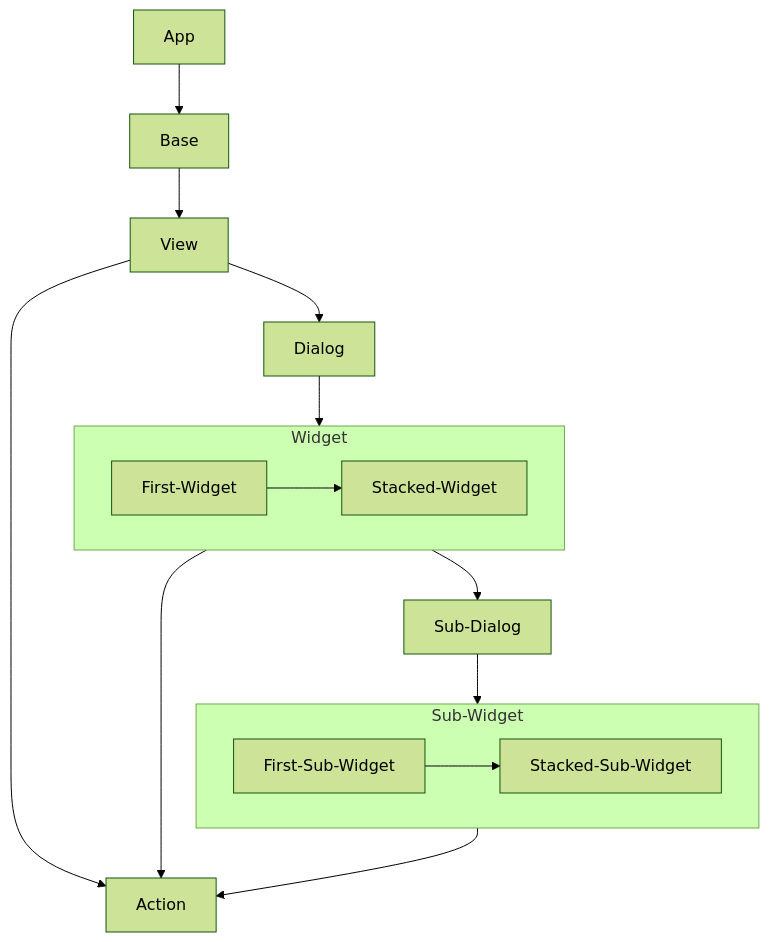
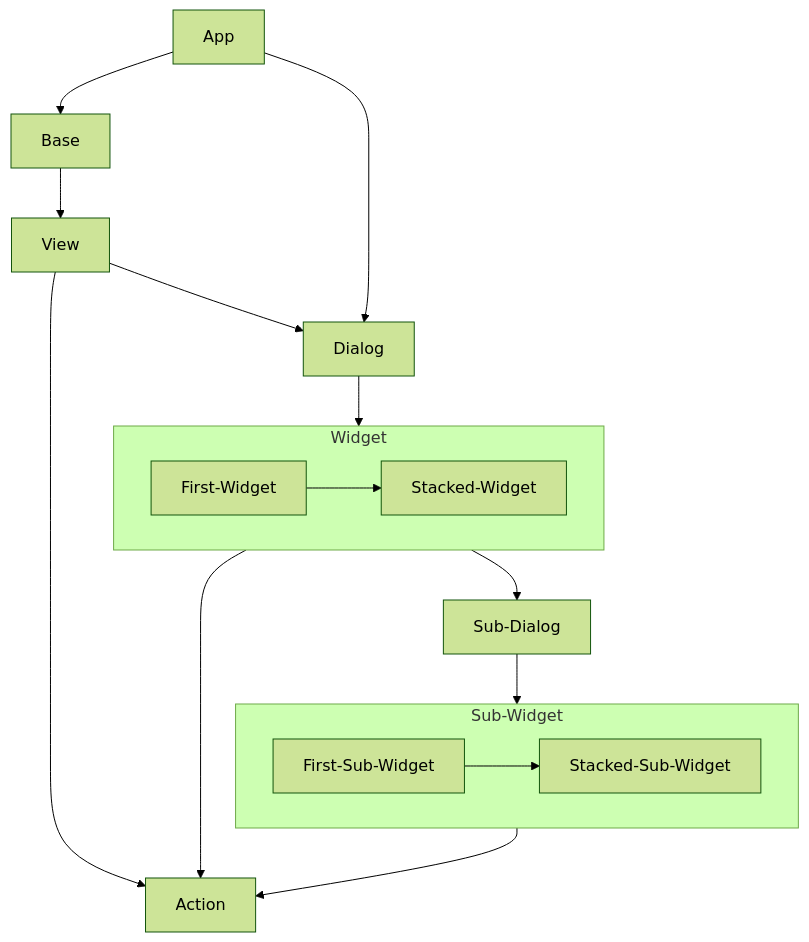
The diagram in source/documentation.rst (KemoPanzah/decore_Page_Old), drawn with Mermaid (forest theme) before and after one commit. The commit also changed other lines of this file and 42 other files, not shown here.

```diff
--- a/source/documentation.rst
+++ b/source/documentation.rst
@@ -72,21 +72,22 @@
 .. mermaid::
    :align: center
 
    flowchart TD;
       App-->Base;
+      App-->Dialog;
       Base-->View;
       View-->Action;
       View-->Dialog;
       Dialog -->Widget;
       Widget-->Action;
       Widget-->Sub-Dialog;
       Sub-Dialog-->Sub-Widget;
       Sub-Widget-->Action;
 
    subgraph Widget;
       First-Widget-->Stacked-Widget;
    end
 
    subgraph Sub-Widget;
       First-Sub-Widget-->Stacked-Sub-Widget;
    end
```
